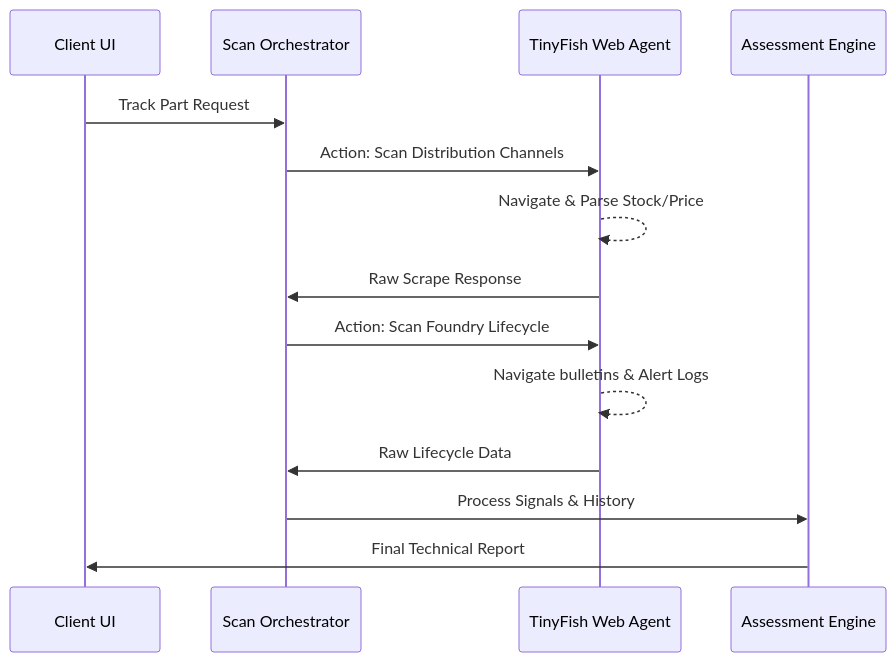
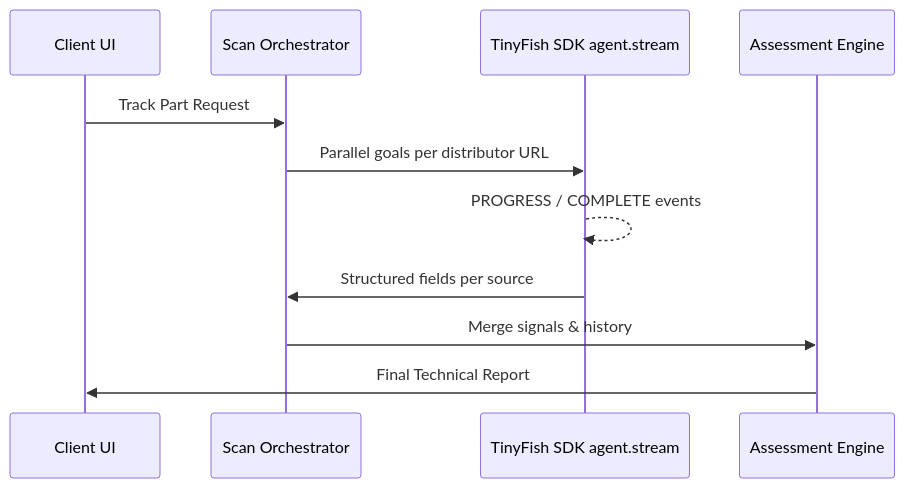
Before and after one commit to tinyfish-io/TinyFish-cookbook: the second of 4 diagrams in silicon-signal/README.md, drawn with Mermaid. The commit also changed other lines of this file and 5 other files, not shown here.

````diff
--- a/silicon-signal/README.md
+++ b/silicon-signal/README.md
@@ -106,17 +122,14 @@
 ```mermaid
 sequenceDiagram
     participant U as Client UI
     participant S as Scan Orchestrator
-    participant M as TinyFish Web Agent
+    participant M as TinyFish SDK agent.stream
     participant E as Assessment Engine
 
     U->>S: Track Part Request
-    S->>M: Action: Scan Distribution Channels
-    M-->>M: Navigate & Parse Stock/Price
-    M->>S: Raw Scrape Response
-    S->>M: Action: Scan Foundry Lifecycle
-    M-->>M: Navigate bulletins & Alert Logs
-    M->>S: Raw Lifecycle Data
-    S->>E: Process Signals & History
+    S->>M: Parallel goals per distributor URL
+    M-->>M: PROGRESS / COMPLETE events
+    M->>S: Structured fields per source
+    S->>E: Merge signals & history
     E->>U: Final Technical Report
 ```
````
